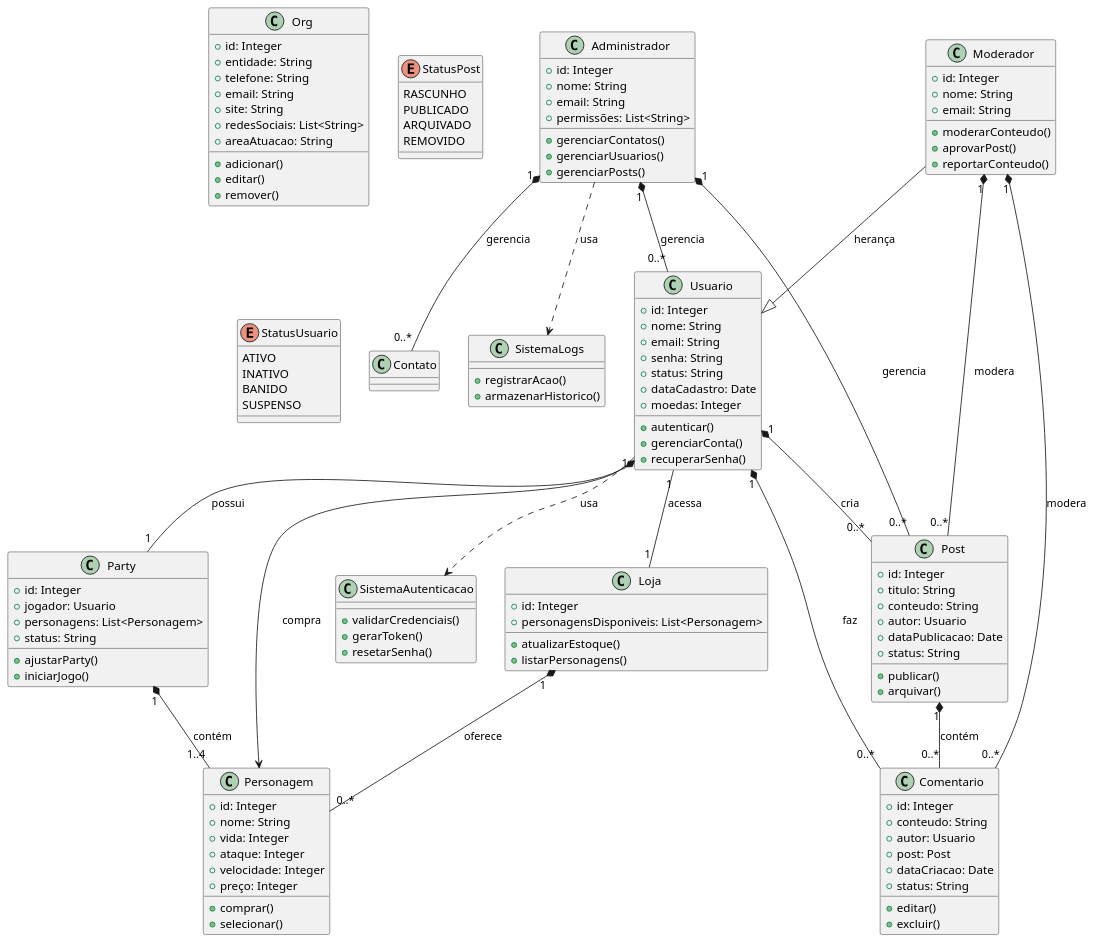
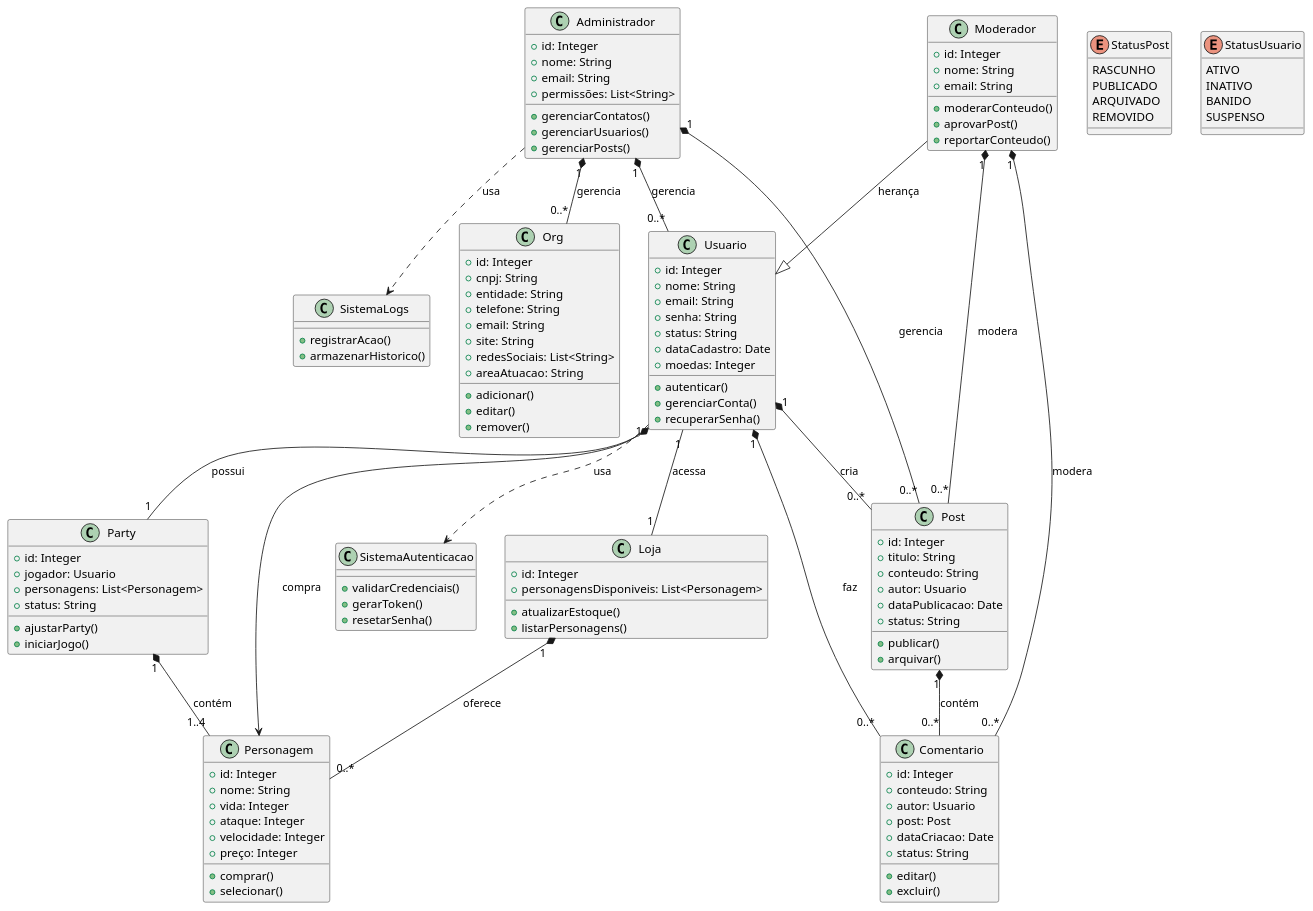
One commit to fatec-project/lm-projeto-interdisciplinar-sem-5 changed the diagram in diagramas/classes/sistema-geral.puml. Above: the diagram before and after it, drawn with PlantUML.

Commit message:
Ajusta diagrama

```diff
--- a/diagramas/classes/sistema-geral.puml
+++ b/diagramas/classes/sistema-geral.puml
@@ -1,145 +1,146 @@
 @startuml sistema_geral_atualizado
 
 class Administrador {
   + id: Integer
   + nome: String
   + email: String
   + permissões: List<String>
   + gerenciarContatos()
   + gerenciarUsuarios()
   + gerenciarPosts()
 }
 
 class Moderador {
   + id: Integer
   + nome: String
   + email: String
   + moderarConteudo()
   + aprovarPost()
   + reportarConteudo()
 }
 
 class Usuario {
   + id: Integer
   + nome: String
   + email: String
   + senha: String
   + status: String
   + dataCadastro: Date
   + moedas: Integer
   + autenticar()
   + gerenciarConta()
   + recuperarSenha()
 }
 
 class Post {
   + id: Integer
   + titulo: String
   + conteudo: String
   + autor: Usuario
   + dataPublicacao: Date
   + status: String
   + publicar()
   + arquivar()
 }
 
 class Comentario {
   + id: Integer
   + conteudo: String
   + autor: Usuario
   + post: Post
   + dataCriacao: Date
   + status: String
   + editar()
   + excluir()
 }
 
 class Org {
   + id: Integer
+  + cnpj: String
   + entidade: String
   + telefone: String
   + email: String
   + site: String
   + redesSociais: List<String>
   + areaAtuacao: String
   + adicionar()
   + editar()
   + remover()
 }
 
 class Party {
   + id: Integer
   + jogador: Usuario
   + personagens: List<Personagem>
   + status: String
   + ajustarParty()
   + iniciarJogo()
 }
 
 class Personagem {
   + id: Integer
   + nome: String
   + vida: Integer
   + ataque: Integer
   + velocidade: Integer
   + preço: Integer
   + comprar()
   + selecionar()
 }
 
 class Loja {
   + id: Integer
   + personagensDisponiveis: List<Personagem>
   + atualizarEstoque()
   + listarPersonagens()
 }
 
 class SistemaAutenticacao {
   + validarCredenciais()
   + gerarToken()
   + resetarSenha()
 }
 
 class SistemaLogs {
   + registrarAcao()
   + armazenarHistorico()
 }
 
-Administrador "1" *-- "0..*" Contato : gerencia
+Administrador "1" *-- "0..*" Org : gerencia
 Administrador "1" *-- "0..*" Usuario : gerencia
 Administrador "1" *-- "0..*" Post : gerencia
 
 Moderador --|> Usuario : herança
 Moderador "1" *-- "0..*" Post : modera
 Moderador "1" *-- "0..*" Comentario : modera
 
 Usuario "1" *-- "0..*" Post : cria
 Usuario "1" *-- "0..*" Comentario : faz
 Usuario "1" *-- "1" Party : possui
 
 Post "1" *-- "0..*" Comentario : contém
 
 Party "1" *-- "1..4" Personagem : contém
 
 Loja "1" *-- "0..*" Personagem : oferece
 Usuario "1" -- "1" Loja : acessa
 Usuario --> Personagem : compra
 
 Usuario ..> SistemaAutenticacao : usa
 Administrador ..> SistemaLogs : usa
 
 enum StatusPost {
   RASCUNHO
   PUBLICADO
   ARQUIVADO
   REMOVIDO
 }
 
 enum StatusUsuario {
   ATIVO
   INATIVO
   BANIDO
   SUSPENSO
 }
 
 @enduml
```
